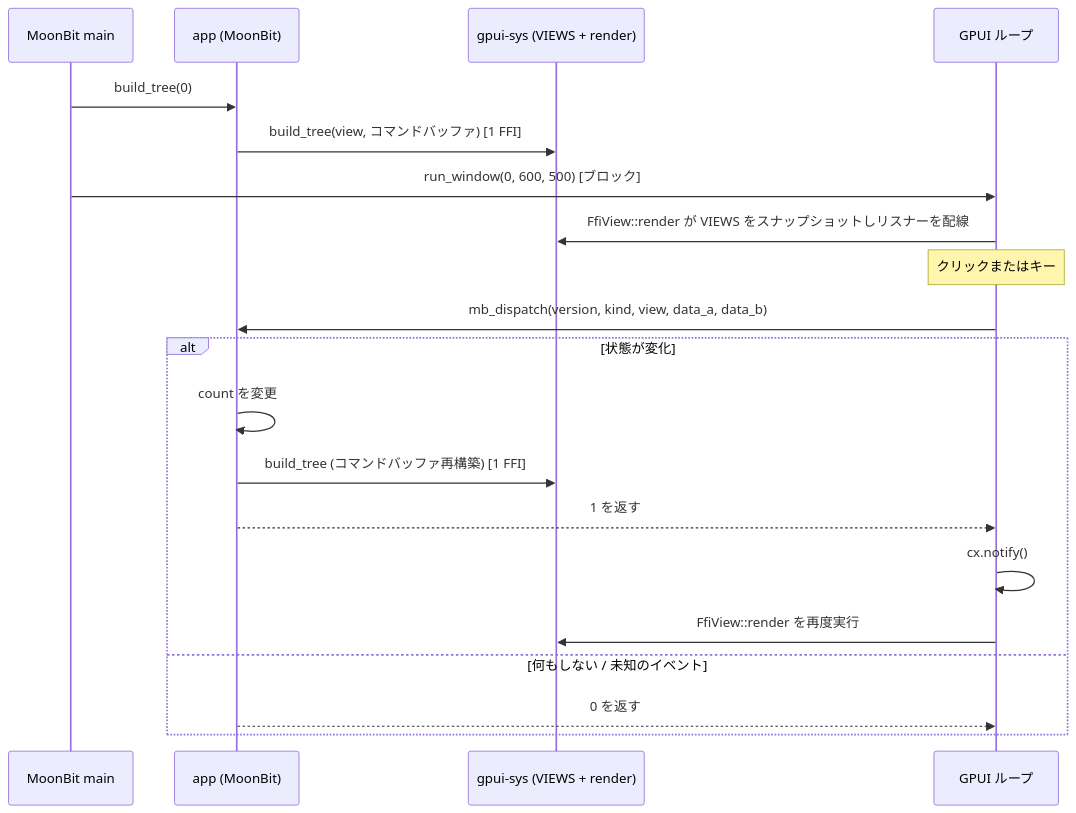
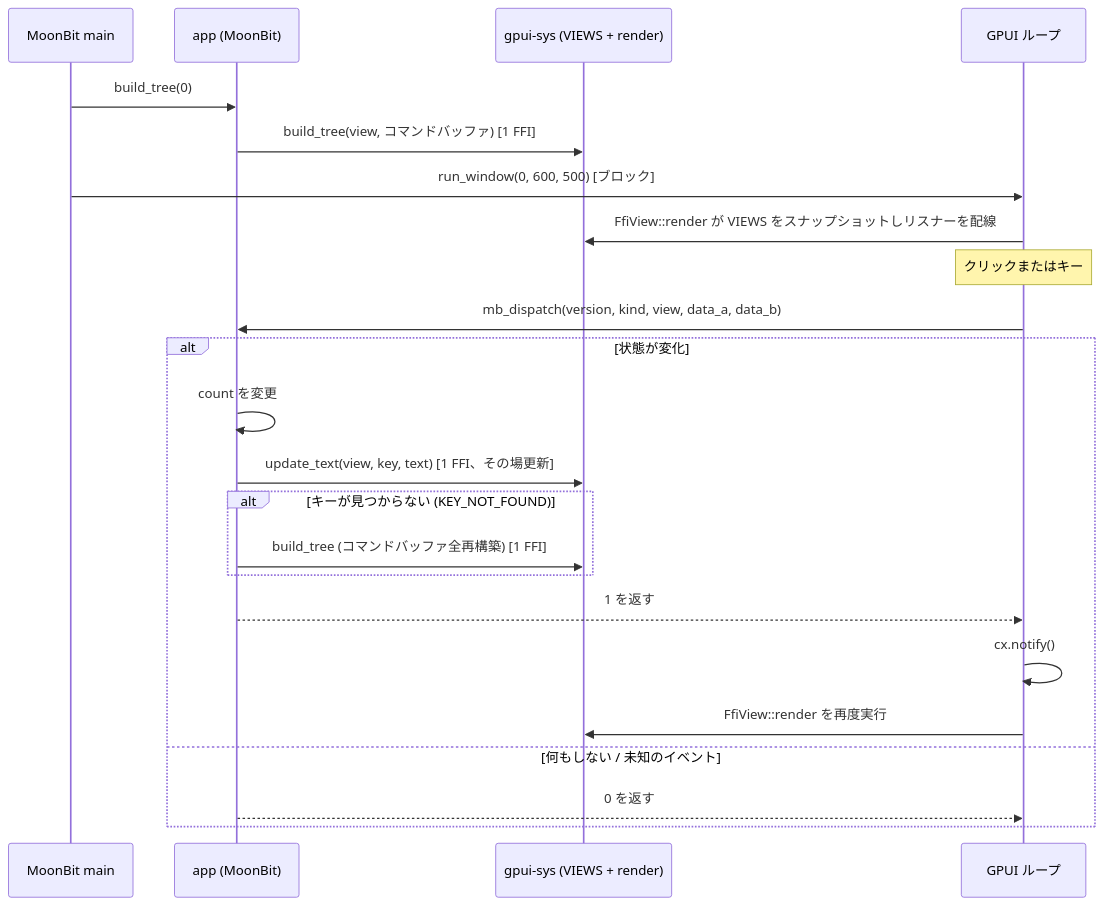
Before and after one commit to nakake/gpui-moonbit: the diagram in docs/architecture.md, drawn with Mermaid. The commit also changed other lines of this file, not shown here.

First line of the commit message:
docs: sync architecture.md with current code (#10 #16 #51 #52 #53)

````diff
--- a/docs/architecture.md
+++ b/docs/architecture.md
@@ -102,22 +133,25 @@
 ```mermaid
 sequenceDiagram
   participant M as MoonBit main
   participant A as app (MoonBit)
   participant S as gpui-sys (VIEWS + render)
   participant G as GPUI ループ
   M->>A: build_tree(0)
   A->>S: build_tree(view, コマンドバッファ) [1 FFI]
   M->>G: run_window(0, 600, 500) [ブロック]
   G->>S: FfiView::render が VIEWS をスナップショットしリスナーを配線
   Note over G: クリックまたはキー
   G->>A: mb_dispatch(version, kind, view, data_a, data_b)
   alt 状態が変化
     A->>A: count を変更
-    A->>S: build_tree (コマンドバッファ再構築) [1 FFI]
+    A->>S: update_text(view, key, text) [1 FFI、その場更新]
+    alt キーが見つからない (KEY_NOT_FOUND)
+      A->>S: build_tree (コマンドバッファ全再構築) [1 FFI]
+    end
     A-->>G: 1 を返す
     G->>G: cx.notify()
     G->>S: FfiView::render を再度実行
   else 何もしない / 未知のイベント
     A-->>G: 0 を返す
   end
 ```
````
